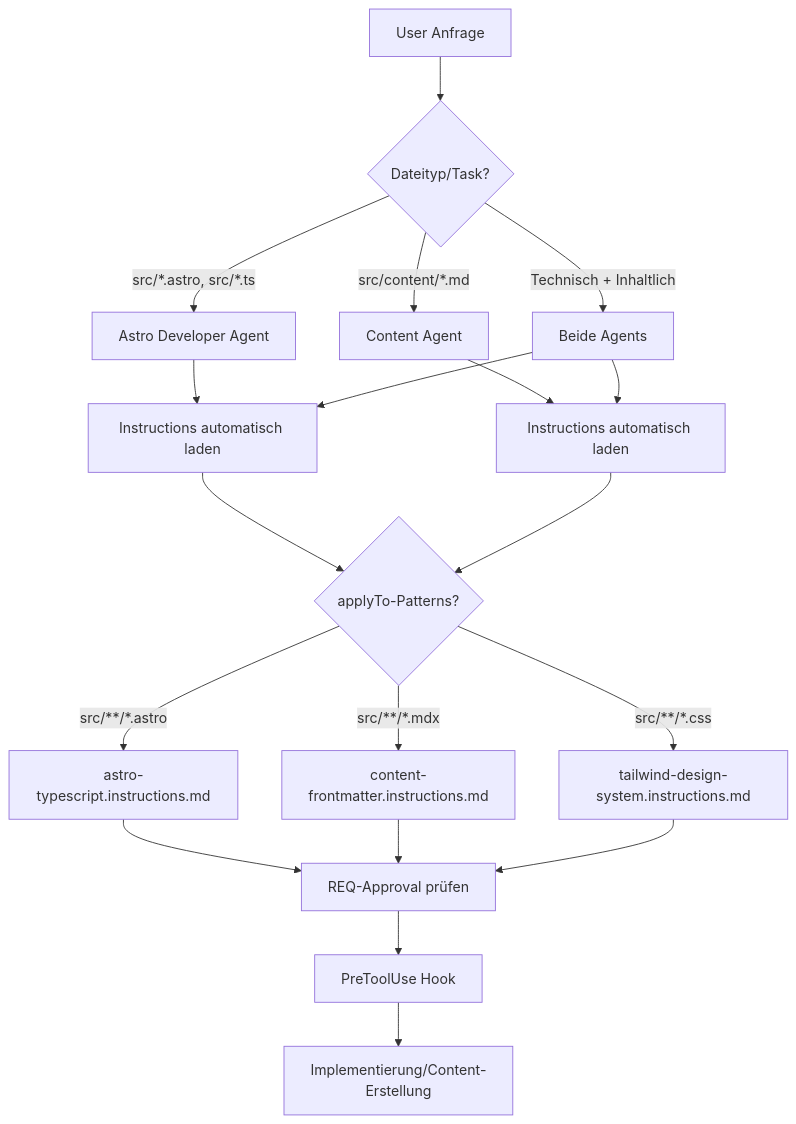
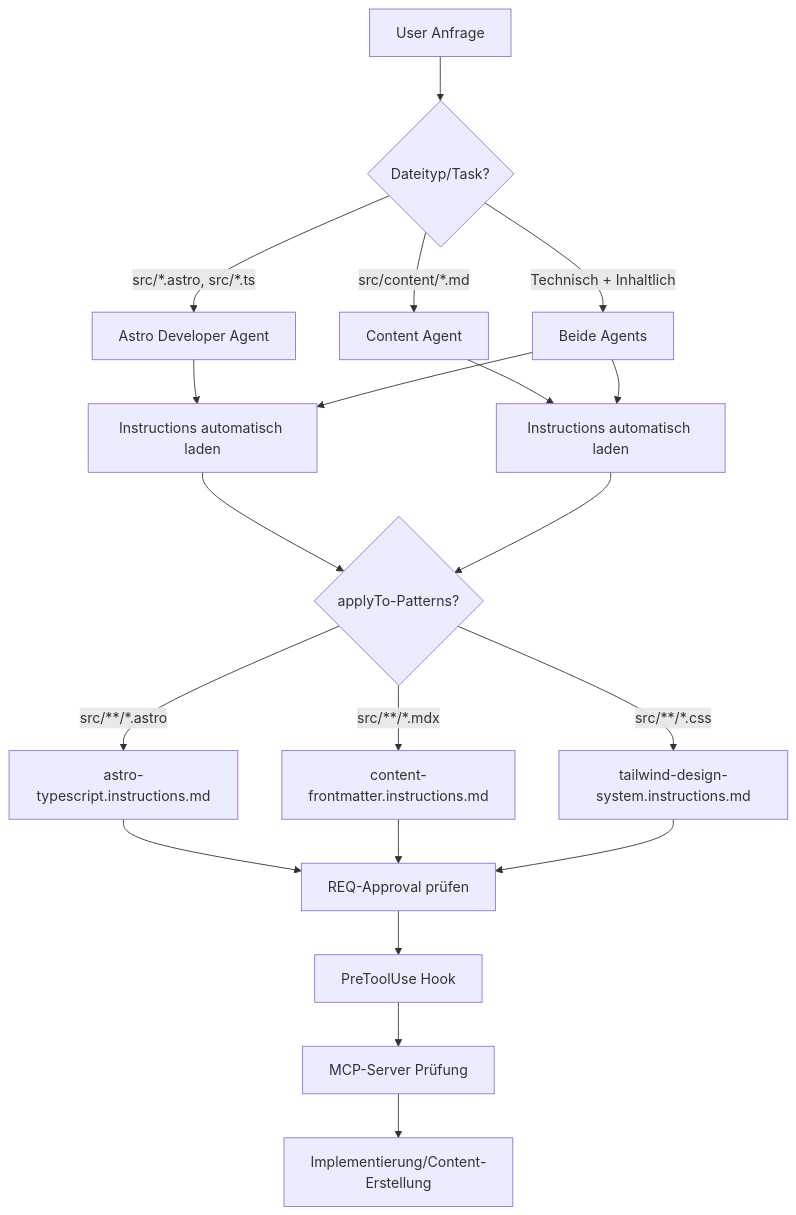
Before and after one commit to Frickeldave/frickeldave.github.io: the diagram in docs/50-agent-setup.md, drawn with Mermaid. The commit also changed other lines of this file and 14 other files, not shown here.

````diff
--- a/docs/50-agent-setup.md
+++ b/docs/50-agent-setup.md
@@ -30,21 +30,22 @@
 ```mermaid
 graph TD
     A[User Anfrage] --> B{Dateityp/Task?}
     B -->|src/*.astro, src/*.ts| C[Astro Developer Agent]
     B -->|src/content/*.md| D[Content Agent]
     B -->|Technisch + Inhaltlich| E[Beide Agents]
     C --> F[Instructions automatisch laden]
     D --> G[Instructions automatisch laden]
     E --> F
     E --> G
     F --> H{applyTo-Patterns?}
     G --> H
     H -->|src/**/*.astro| I[astro-typescript.instructions.md]
     H -->|src/**/*.mdx| J[content-frontmatter.instructions.md]
     H -->|src/**/*.css| K[tailwind-design-system.instructions.md]
     I --> L[REQ-Approval prüfen]
     J --> L
     K --> L
     L --> M[PreToolUse Hook]
-    M --> N[Implementierung/Content-Erstellung]
+    M --> N[MCP-Server Prüfung]
+    N --> O[Implementierung/Content-Erstellung]
 ```
````
